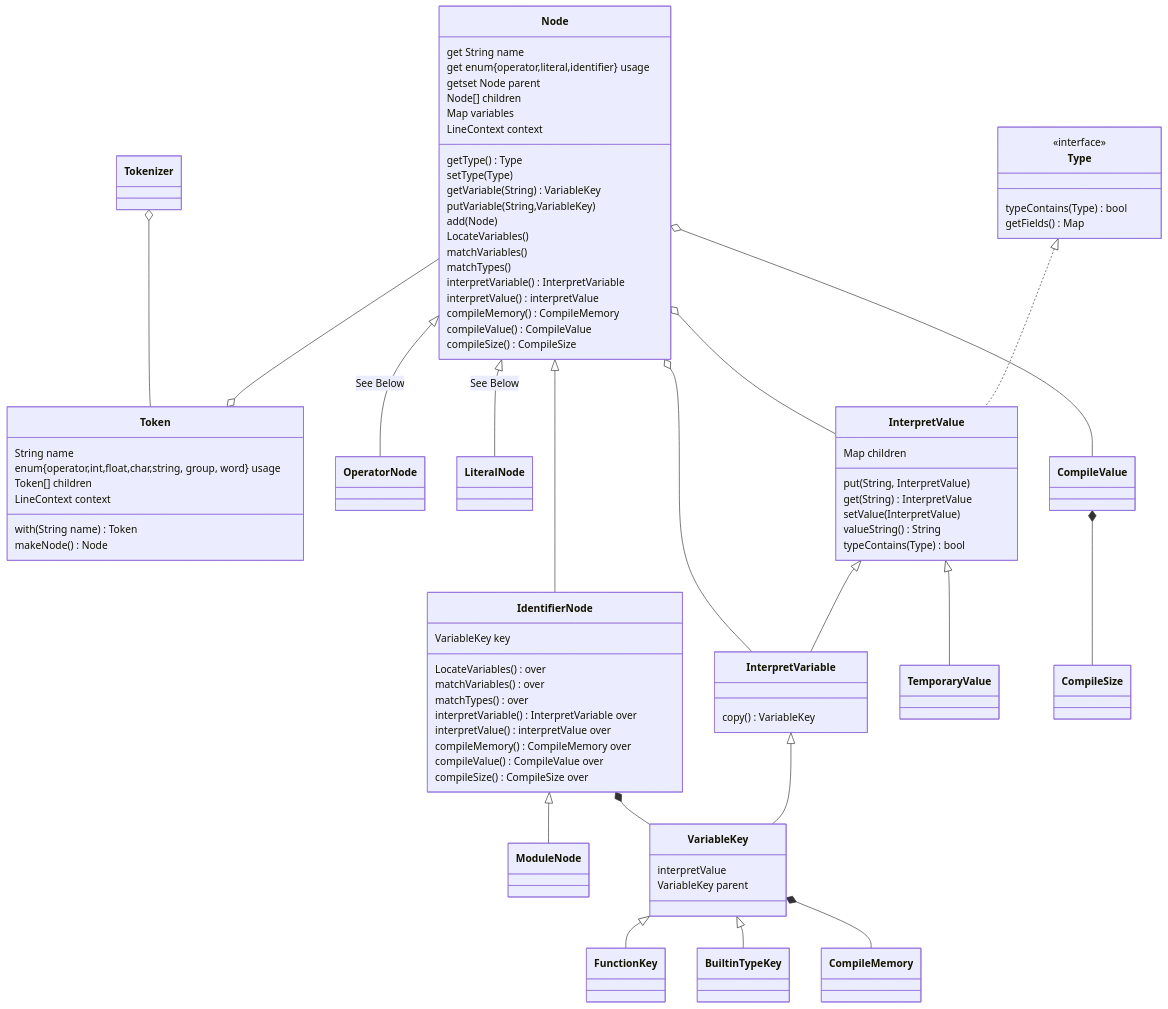
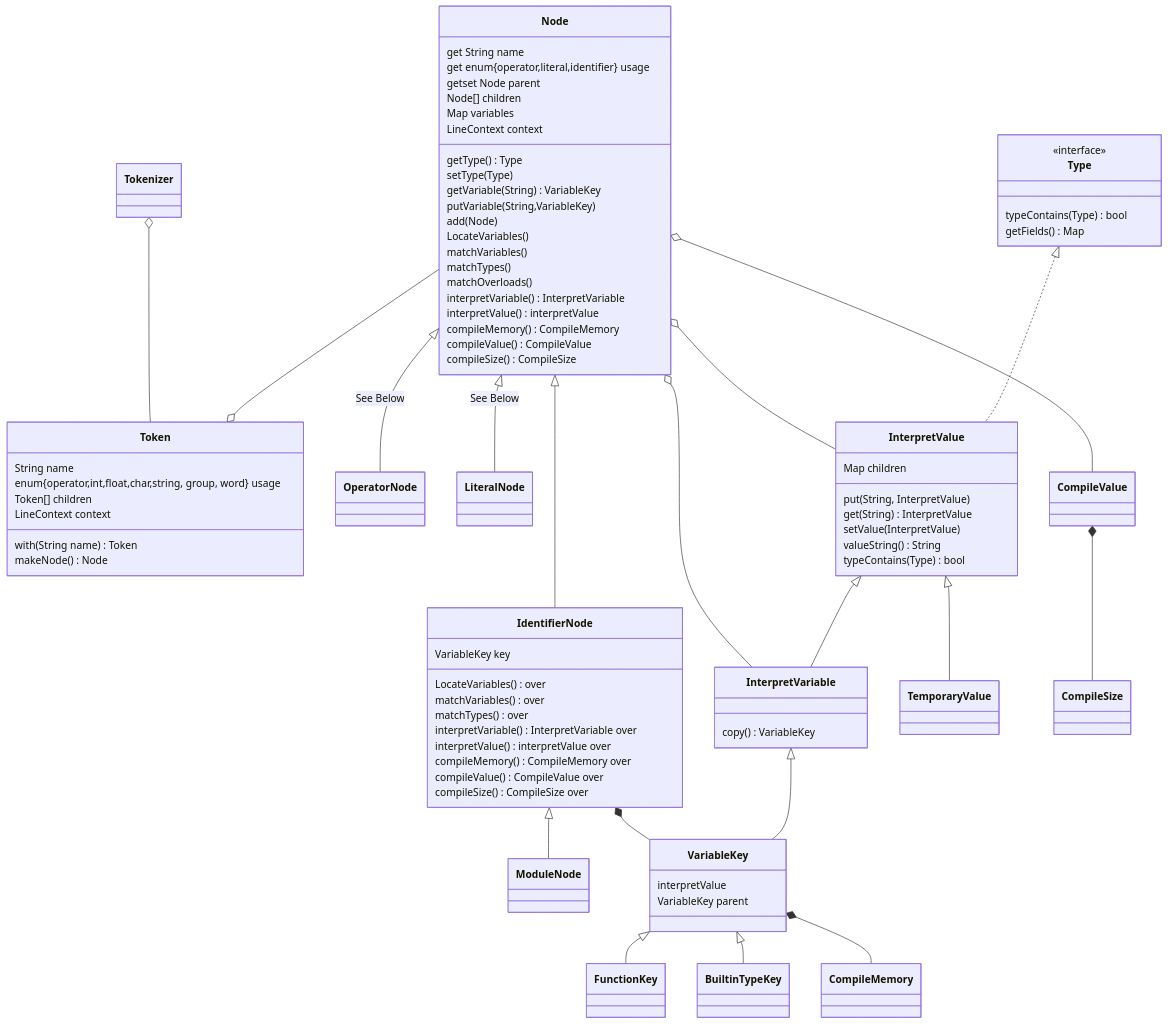
One commit to Jzhyang1/Monomer changed the second of 8 diagrams in Implementation.md. Above: the diagram before and after it, drawn with Mermaid. The commit also changed other lines of this file, not shown here.

````diff
--- a/Implementation.md
+++ b/Implementation.md
@@ -80,75 +80,76 @@
 ```mermaid
 classDiagram
 Tokenizer o-- Token
 Node --o Token
 
 Node <|-- OperatorNode: See Below
 Node <|-- LiteralNode: See Below
 Node <|-- IdentifierNode
 Node o-- InterpretVariable
 Node o-- InterpretValue
 IdentifierNode <|-- ModuleNode
 IdentifierNode *-- VariableKey
 VariableKey <|-- FunctionKey
 VariableKey <|-- BuiltinTypeKey
 VariableKey *-- CompileMemory
 InterpretValue <|-- InterpretVariable
 InterpretValue <|-- TemporaryValue
 Type <|.. InterpretValue
 InterpretVariable <|-- VariableKey
 CompileValue *-- CompileSize
 Node o-- CompileValue
 
 Token: String name
 Token: enum{operator,int,float,char,string, group, word} usage
 Token: Token[] children
 Token: LineContext context
 Token: with(String name) Token
 Token: makeNode() Node
 
 Node: get String name
 Node: get enum{operator,literal,identifier} usage
 Node: getset Node parent
 Node: Node[] children
 Node: Map<String, VariableKey> variables
 Node: LineContext context
 Node: getType() Type
 Node: setType(Type)
 Node: getVariable(String) VariableKey
 Node: putVariable(String,VariableKey)
 Node: add(Node)
 Node: LocateVariables()
 Node: matchVariables()
 Node: matchTypes()
+Node: matchOverloads()
 Node: interpretVariable() InterpretVariable
 Node: interpretValue() interpretValue
 Node: compileMemory() CompileMemory
 Node: compileValue() CompileValue
 Node: compileSize() CompileSize
 
 IdentifierNode: VariableKey key
 IdentifierNode: LocateVariables() over
 IdentifierNode: matchVariables() over
 IdentifierNode: matchTypes() over
 IdentifierNode: interpretVariable() InterpretVariable over
 IdentifierNode: interpretValue() interpretValue over
 IdentifierNode: compileMemory() CompileMemory over
 IdentifierNode: compileValue() CompileValue over
 IdentifierNode: compileSize() CompileSize over
 
 InterpretValue: Map<String, InterpretValue> children
 InterpretValue: put(String, InterpretValue)
 InterpretValue: get(String) InterpretValue
 InterpretValue: setValue(InterpretValue)
 InterpretValue: valueString() String
 InterpretValue: typeContains(Type) bool
 
 InterpretVariable: copy() VariableKey
 
 VariableKey: interpretValue
 VariableKey: VariableKey parent
 
 <<interface>> Type
 Type: typeContains(Type) bool
 Type: getFields() Map<String,Type>
 ```
````
